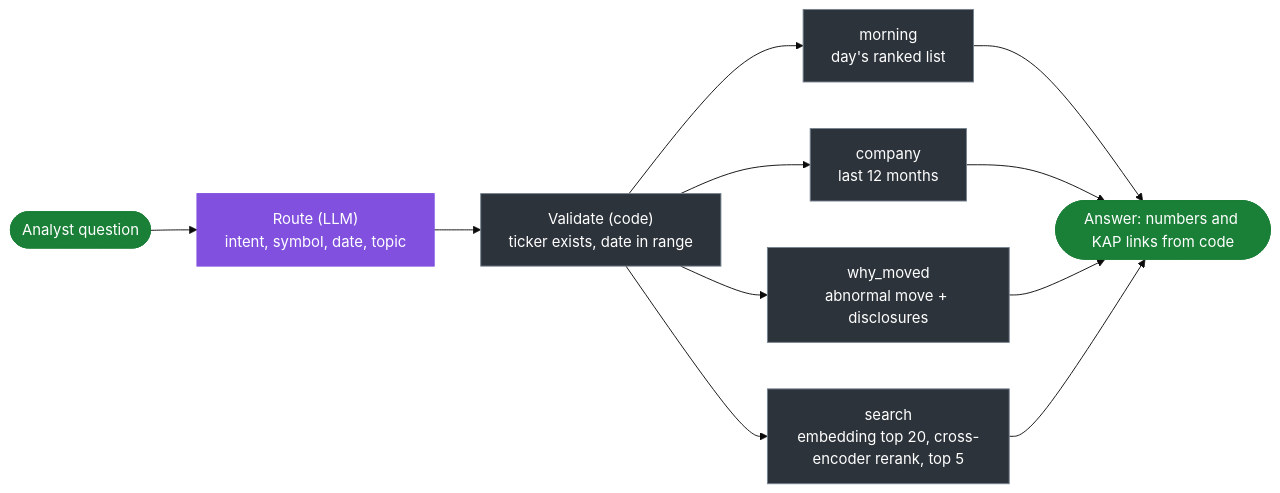
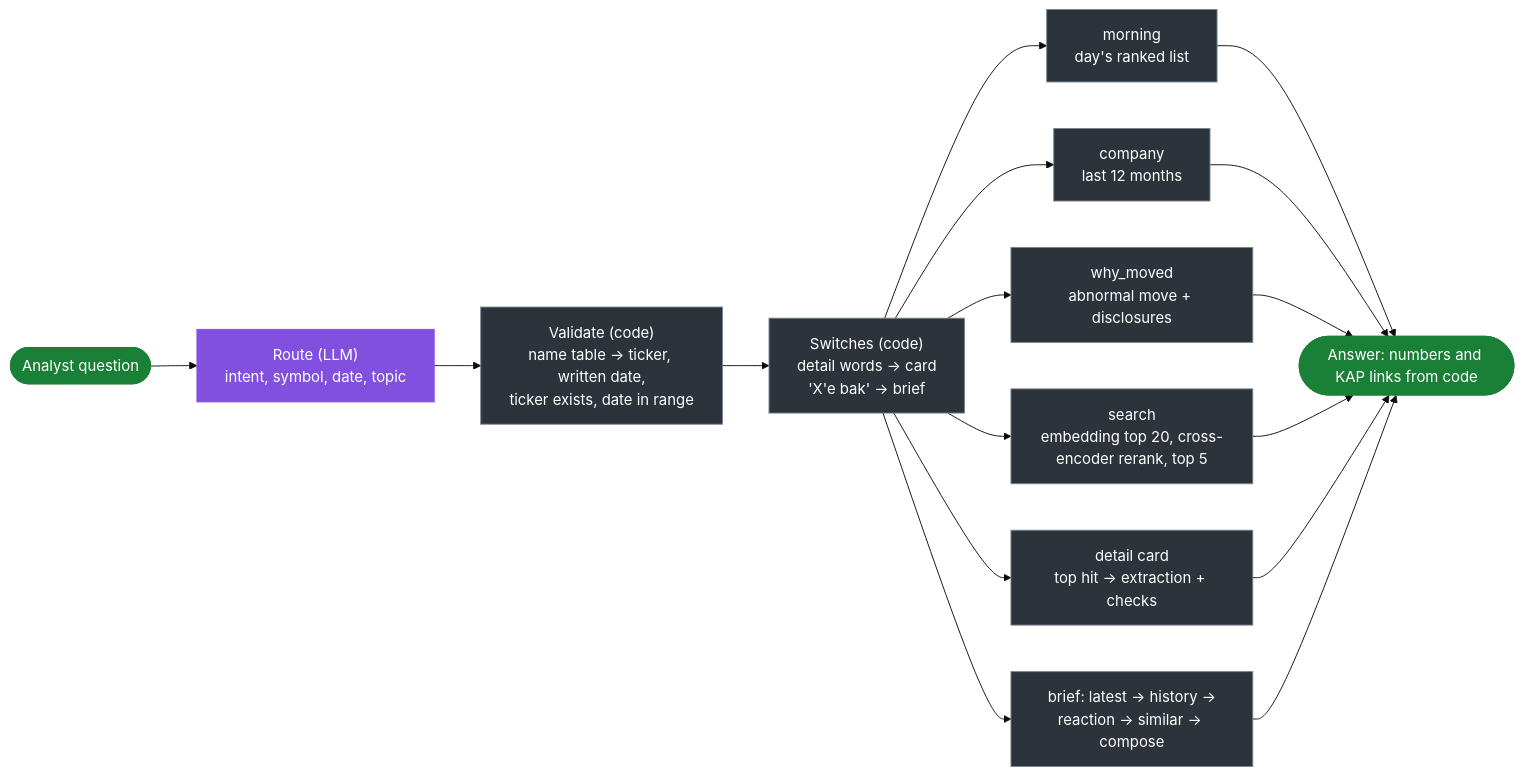
One commit to sfeyzayildiz/kap-triage changed the second of 2 diagrams in docs/architecture.md. Above: the diagram before and after it, drawn with Mermaid (base theme). The commit also changed other lines of this file and 4 other files, not shown here.

Commit message:
Docs: one-page results, README name, architecture agent diagram, metrics FAQ and demo script updated (#96)

````diff
--- a/docs/architecture.md
+++ b/docs/architecture.md
@@ -38,21 +38,26 @@
 ```mermaid
 flowchart LR
     classDef llm fill:#8250df,stroke:#8250df,color:#ffffff
     classDef code fill:#2d333b,stroke:#768390,color:#ffffff
     classDef out fill:#1a7f37,stroke:#1a7f37,color:#ffffff
 
     Q(["Analyst question"]):::out
     ROUTE["Route (LLM)<br/>intent, symbol, date, topic"]:::llm
-    VAL["Validate (code)<br/>ticker exists, date in range"]:::code
+    VAL["Validate (code)<br/>name table → ticker, written date,<br/>ticker exists, date in range"]:::code
+    SW["Switches (code)<br/>detail words → card<br/>'X'e bak' → brief"]:::code
     T1["morning<br/>day's ranked list"]:::code
     T2["company<br/>last 12 months"]:::code
     T3["why_moved<br/>abnormal move + disclosures"]:::code
     T4["search<br/>embedding top 20, cross-encoder rerank, top 5"]:::code
+    T5["detail card<br/>top hit → extraction + checks"]:::code
+    B["brief: latest → history →<br/>reaction → similar → compose"]:::code
     A(["Answer: numbers and KAP links from code"]):::out
 
-    Q --> ROUTE --> VAL
-    VAL --> T1 --> A
-    VAL --> T2 --> A
-    VAL --> T3 --> A
-    VAL --> T4 --> A
+    Q --> ROUTE --> VAL --> SW
+    SW --> T1 --> A
+    SW --> T2 --> A
+    SW --> T3 --> A
+    SW --> T4 --> A
+    SW --> T5 --> A
+    SW --> B --> A
 ```
````
